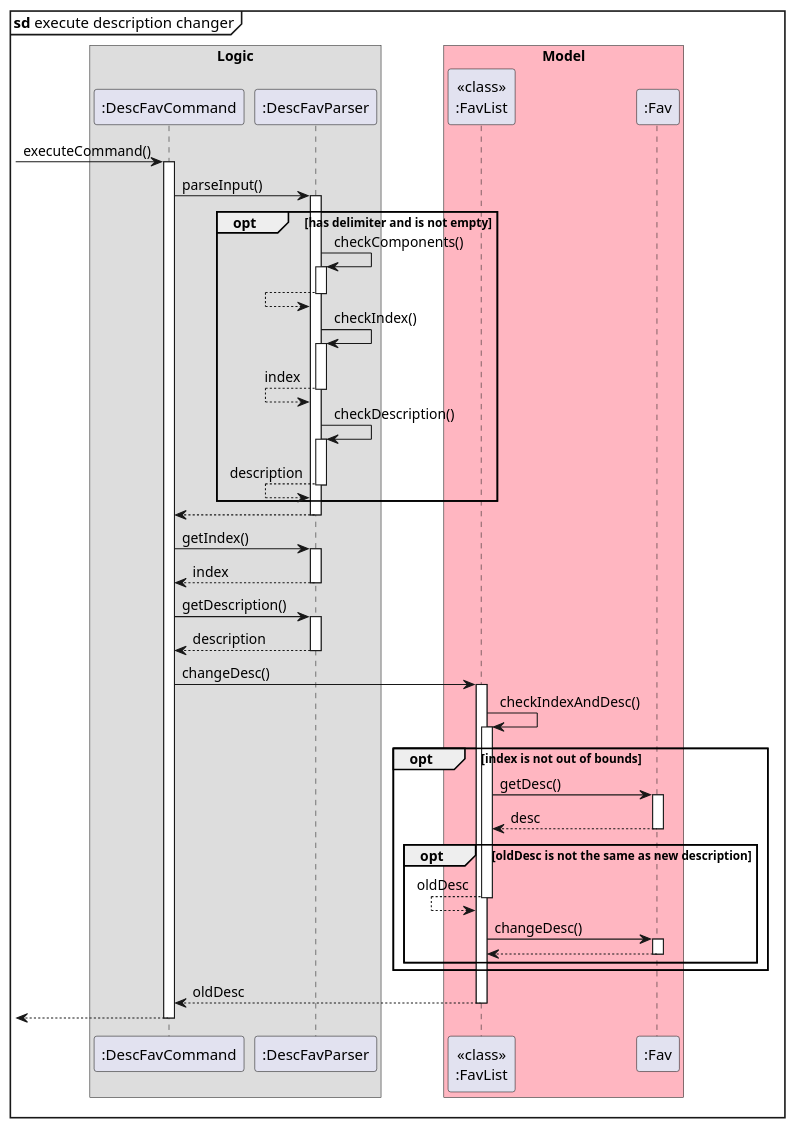
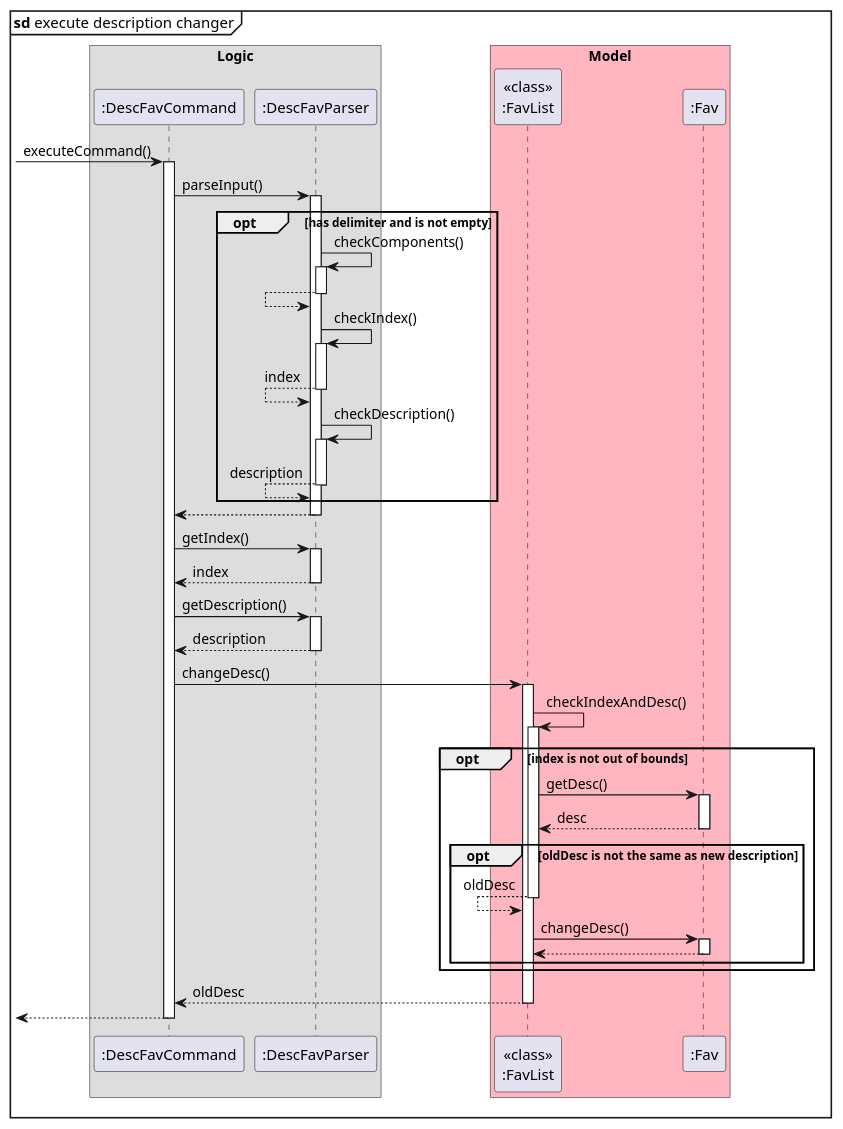
Before and after one commit to nus-cs2113-AY2021S1/tp: the diagram in docs/DG_Diagrams/DescFavCommand/descFavInternal.puml, drawn with PlantUML. The commit also changed 1 other file, not shown here.

```diff
--- a/docs/DG_Diagrams/DescFavCommand/descFavInternal.puml
+++ b/docs/DG_Diagrams/DescFavCommand/descFavInternal.puml
@@ -1,65 +1,65 @@
 @startuml
 mainframe **sd** execute description changer
-skinparam BoxPadding 10
+skinparam BoxPadding 50
 box Logic
 [->":DescFavCommand":executeCommand()
 activate ":DescFavCommand"
 ":DescFavCommand" -> ":DescFavParser": parseInput()
 activate ":DescFavParser"
 opt has delimiter and is not empty
 ":DescFavParser" -> ":DescFavParser":checkComponents()
 activate ":DescFavParser"
 ":DescFavParser" <-- ":DescFavParser"
 deactivate ":DescFavParser"
 ":DescFavParser" -> ":DescFavParser":checkIndex()
 activate ":DescFavParser"
 ":DescFavParser" <-- ":DescFavParser": index
 deactivate ":DescFavParser"
 ":DescFavParser" -> ":DescFavParser":checkDescription()
 activate ":DescFavParser"
 ":DescFavParser" <-- ":DescFavParser": description
 deactivate ":DescFavParser"
 end
 
 ":DescFavCommand" <-- ":DescFavParser":
 deactivate ":DescFavParser"
 
 ":DescFavCommand" -> ":DescFavParser": getIndex()
 activate ":DescFavParser"
 ":DescFavCommand" <-- ":DescFavParser": index
 deactivate ":DescFavParser"
 
 ":DescFavCommand" -> ":DescFavParser": getDescription()
 activate ":DescFavParser"
 ":DescFavCommand" <-- ":DescFavParser": description
 deactivate ":DescFavParser"
 end box
 
 box Model#lightPink
 ":DescFavCommand" -> "<<class>>\n:FavList": changeDesc()
 activate "<<class>>\n:FavList"
 
 "<<class>>\n:FavList" -> "<<class>>\n:FavList" : checkIndexAndDesc()
 activate "<<class>>\n:FavList"
 opt index is not out of bounds
 "<<class>>\n:FavList" -> ":Fav" : getDesc()
 activate ":Fav"
 "<<class>>\n:FavList" <-- ":Fav" : desc
 deactivate ":Fav"
 opt oldDesc is not the same as new description
 "<<class>>\n:FavList" <-- "<<class>>\n:FavList" : oldDesc
 deactivate "<<class>>\n:FavList"
 
 "<<class>>\n:FavList" -> ":Fav" : changeDesc()
 activate ":Fav"
 "<<class>>\n:FavList" <-- ":Fav"
 deactivate ":Fav"
 end
 end
 
 ":DescFavCommand" <-- "<<class>>\n:FavList": oldDesc
 deactivate "<<class>>\n:FavList"
 end box
 [<--":DescFavCommand"
 deactivate ":DescFavCommand"
 @enduml
```
